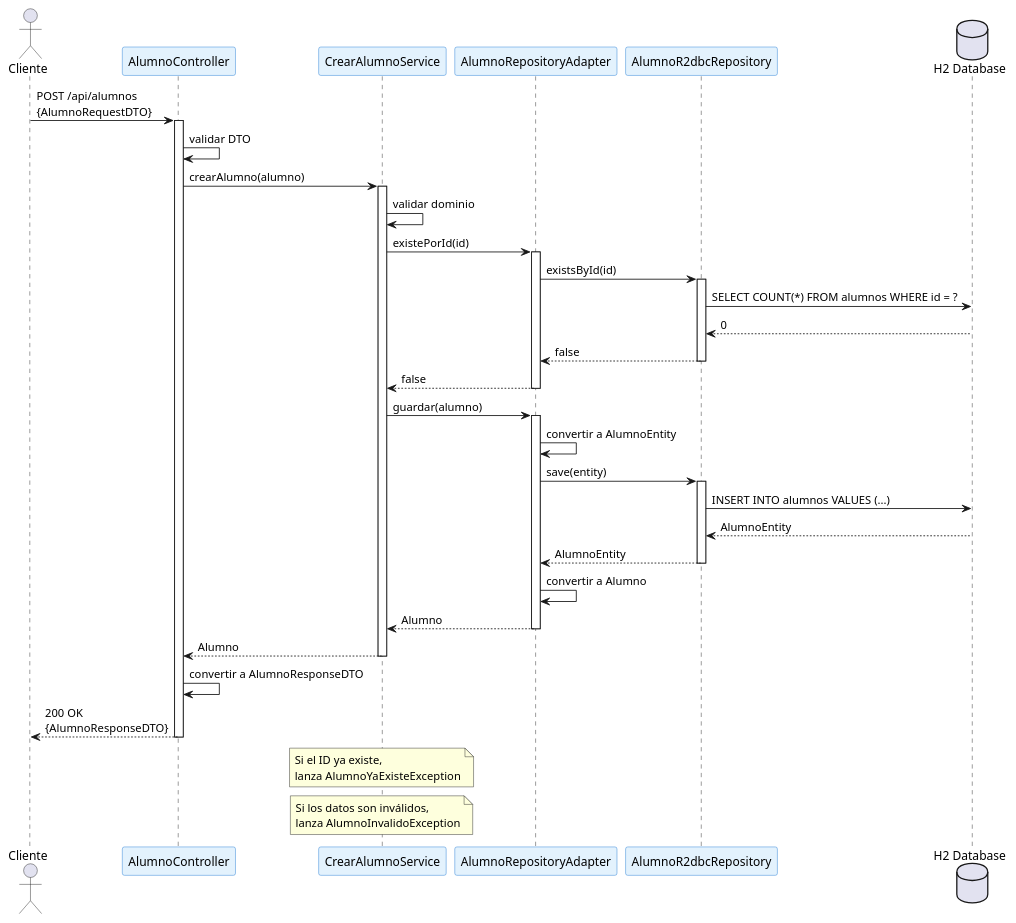
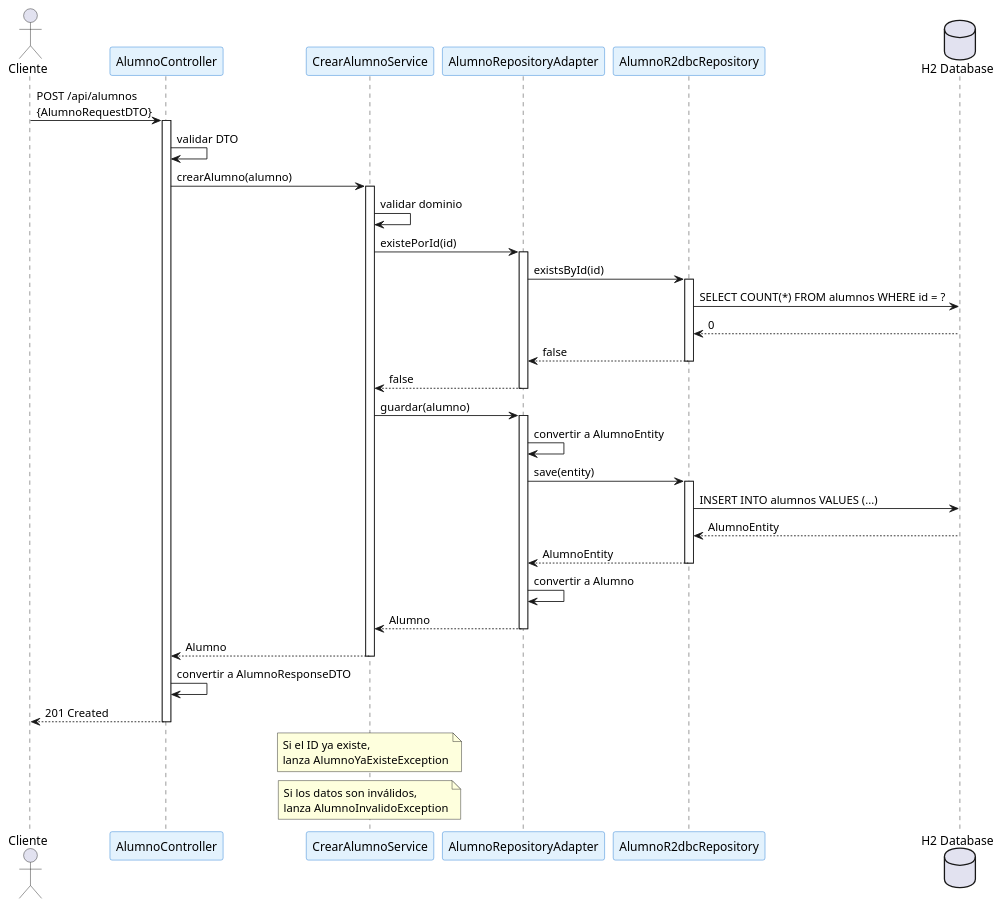
Before and after one commit to beta3000/webflux-alumnos: the third of 7 diagrams in docs/index.adoc, drawn with PlantUML. The commit also changed other lines of this file and 4 other files, not shown here.

```diff
--- a/docs/index.adoc
+++ b/docs/index.adoc
@@ -290,60 +301,60 @@
 [plantuml, secuencia-crear-alumno, png]
 ----
 @startuml
 skinparam participant {
   BackgroundColor #E3F2FD
   BorderColor #1976D2
 }
 
 actor "Cliente" as client
 participant "AlumnoController" as controller
 participant "CrearAlumnoService" as service
 participant "AlumnoRepositoryAdapter" as adapter
 participant "AlumnoR2dbcRepository" as repository
 database "H2 Database" as db
 
 client -> controller: POST /api/alumnos\n{AlumnoRequestDTO}
 
 activate controller
 controller -> controller: validar DTO
 controller -> service: crearAlumno(alumno)
 
 activate service
 service -> service: validar dominio
 service -> adapter: existePorId(id)
 
 activate adapter
 adapter -> repository: existsById(id)
 activate repository
 repository -> db: SELECT COUNT(*) FROM alumnos WHERE id = ?
 db --> repository: 0
 repository --> adapter: false
 deactivate repository
 adapter --> service: false
 deactivate adapter
 
 service -> adapter: guardar(alumno)
 activate adapter
 adapter -> adapter: convertir a AlumnoEntity
 adapter -> repository: save(entity)
 activate repository
 repository -> db: INSERT INTO alumnos VALUES (...)
 db --> repository: AlumnoEntity
 repository --> adapter: AlumnoEntity
 deactivate repository
 adapter -> adapter: convertir a Alumno
 adapter --> service: Alumno
 deactivate adapter
 
 service --> controller: Alumno
 deactivate service
 controller -> controller: convertir a AlumnoResponseDTO
-controller --> client: 200 OK\n{AlumnoResponseDTO}
+controller --> client: 201 Created
 deactivate controller
 
 note over service: Si el ID ya existe,\nlanza AlumnoYaExisteException
 
 note over service: Si los datos son inválidos,\nlanza AlumnoInvalidoException
 
 @enduml
 ----
```
